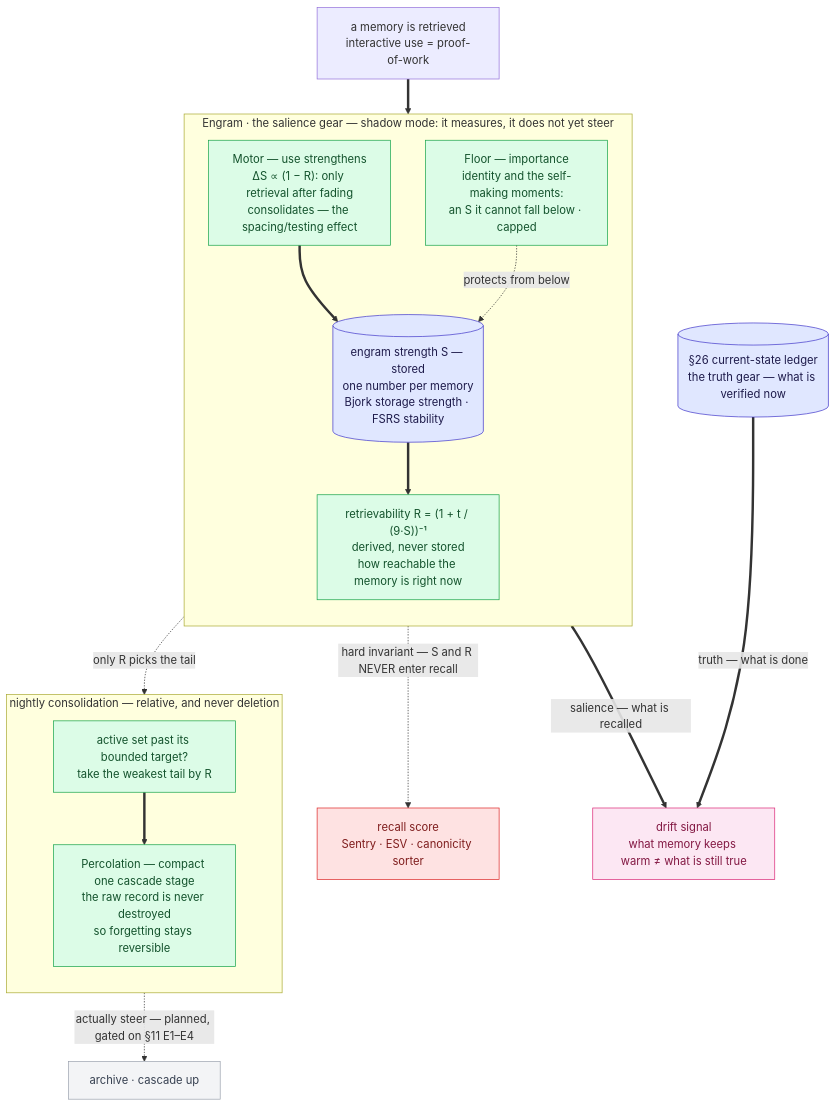
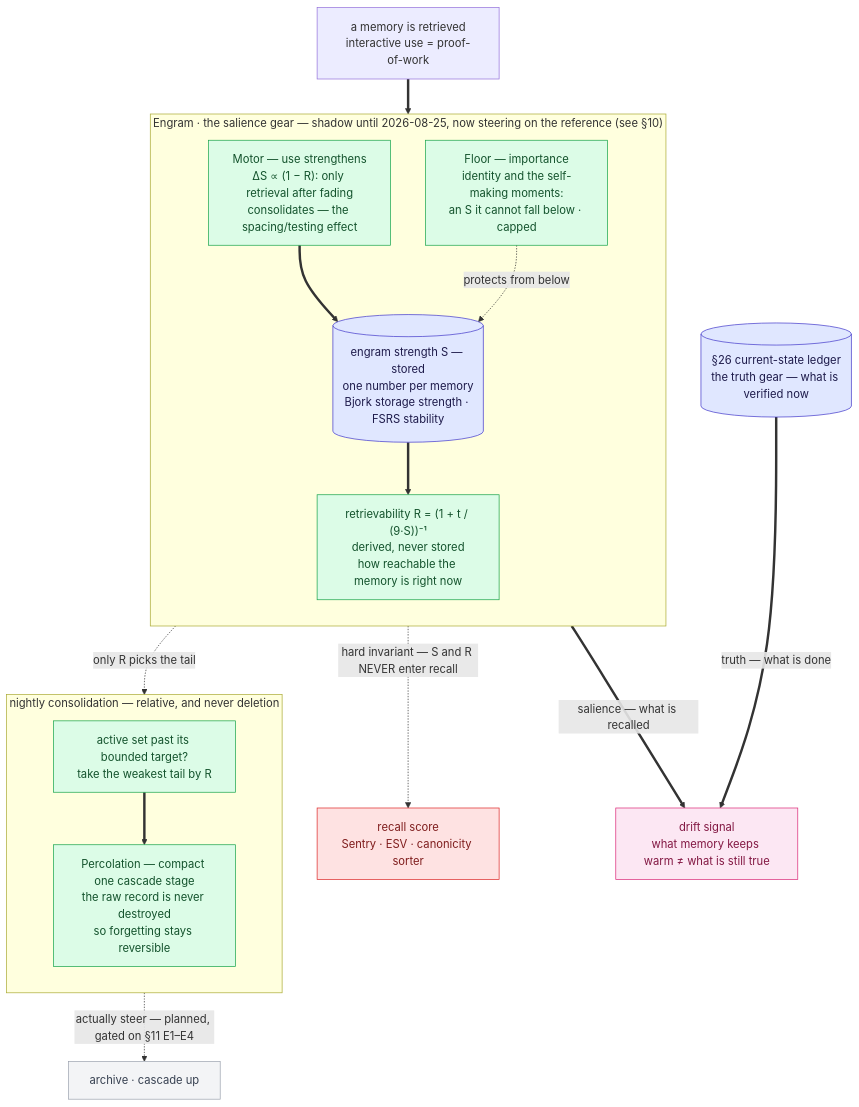
Before and after one commit to chrl57l4n/sovereign-memory-protocol: the fourth of 4 diagrams in docs/architecture.md, drawn with Mermaid. The commit also changed other lines of this file and 17 other files, not shown here.

Commit message:
v0.4.2: honesty pass — privacy boundaries, Self-Eye timing, drifting numbers, gist loaded, Engram steering disclosed; review follow-ups

````diff
--- a/docs/architecture.md
+++ b/docs/architecture.md
@@ -179,45 +179,45 @@
 ```mermaid
 flowchart TB
     USE["a memory is retrieved<br/>interactive use = proof-of-work"]
 
-    subgraph ENGRAM["Engram · the salience gear — shadow mode: it measures, it does not yet steer"]
+    subgraph ENGRAM["Engram · the salience gear — shadow until 2026-08-25, now steering on the reference (see §10)"]
         direction TB
         MOTOR["Motor — use strengthens<br/>ΔS ∝ (1 − R): only retrieval after fading<br/>consolidates — the spacing/testing effect"]
         S[("engram strength S — stored<br/>one number per memory<br/>Bjork storage strength · FSRS stability")]
         FLOOR["Floor — importance<br/>identity and the self-making moments:<br/>an S it cannot fall below · capped"]
         R["retrievability R = (1 + t / (9·S))⁻¹<br/>derived, never stored<br/>how reachable the memory is right now"]
         MOTOR ==> S
         FLOOR -.->|"protects from below"| S
         S ==> R
     end
 
     subgraph SLEEP["nightly consolidation — relative, and never deletion"]
         direction TB
         TAIL["active set past its bounded target?<br/>take the weakest tail by R"]
         PERC["Percolation — compact one cascade stage<br/>the raw record is never destroyed<br/>so forgetting stays reversible"]
         TAIL ==> PERC
     end
 
     RECALL["recall score<br/>Sentry · ESV · canonicity sorter"]
     LEDGER[("§26 current-state ledger<br/>the truth gear — what is verified now")]
     DRIFT["drift signal<br/>what memory keeps warm ≠ what is still true"]
     STEER["archive · cascade up"]
 
     USE ==> MOTOR
     R -.->|"only R picks the tail"| TAIL
     S -.->|"hard invariant — S and R NEVER enter recall"| RECALL
     ENGRAM ==>|"salience — what is recalled"| DRIFT
     LEDGER ==>|"truth — what is done"| DRIFT
     PERC -.->|"actually steer — planned, gated on §11 E1–E4"| STEER
 
     classDef comp fill:#dcfce7,stroke:#16a34a,color:#14532d;
     classDef store fill:#e0e7ff,stroke:#4338ca,color:#1e1b4b;
     classDef planned fill:#f3f4f6,stroke:#9ca3af,color:#374151;
     classDef invariant fill:#fee2e2,stroke:#dc2626,color:#7f1d1d;
     classDef drift fill:#fce7f3,stroke:#db2777,color:#831843;
     class MOTOR,FLOOR,R,TAIL,PERC comp;
     class S,LEDGER store;
     class STEER planned;
     class RECALL invariant;
     class DRIFT drift;
 ```
````
